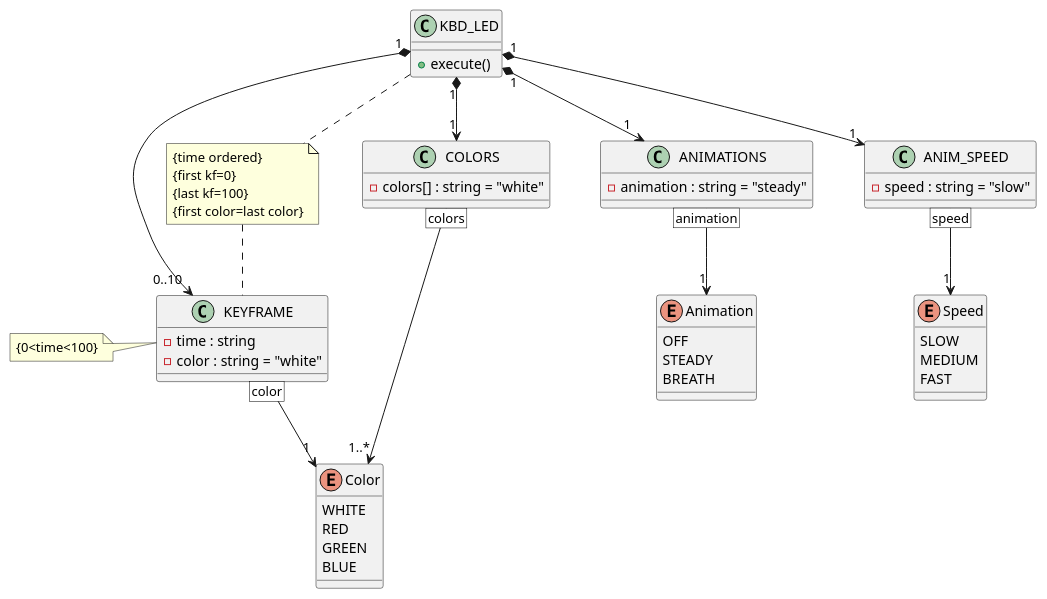
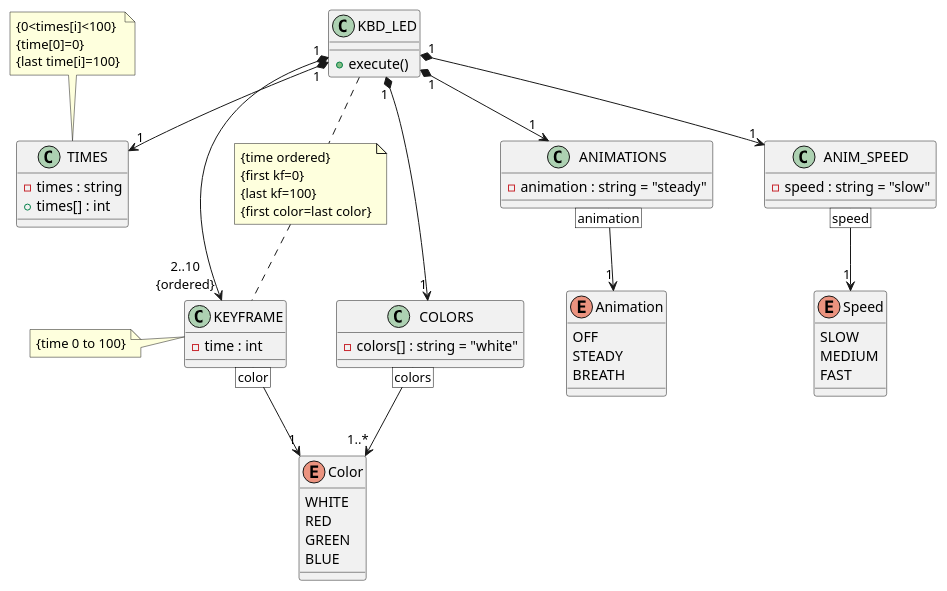
The diagram in docs/diagrams/src/class_diag.wsd (lulu731/keybd_led), drawn with PlantUML before and after one commit.

Commit message:
uml: update class diagram with TIMES class

```diff
--- a/docs/diagrams/src/class_diag.wsd
+++ b/docs/diagrams/src/class_diag.wsd
@@ -1,78 +1,96 @@
 @startuml classes
-    class KBD_LED
-    {
-        +execute()
-    }
 
-    enum Color
-    {
-        WHITE
-        RED
-        GREEN
-        BLUE
-    }
+class KBD_LED
+{
+    +execute()
+}
+
+enum Color
+{
+    WHITE
+    RED
+    GREEN
+    BLUE
+}
 
 '----- COLORS -----
-    class COLORS
-    {
-        -colors[] : string = "white"
-    }
+class COLORS
+{
+    -colors[] : string = "white"
+}
 
-    COLORS [colors] --> "1..*" Color
+COLORS [colors] --> "1..*" Color
+
+'----- TIMES -----
+class TIMES
+{
+    -times : string
+    +times[] : int
+}
+
+note top of TIMES
+    {0<times[i]<100}
+    {time[0]=0}
+    {last time[i]=100}
+end note
 
 '----- ANIMATIONS -----
-    class ANIMATIONS
-    {
-        -animation : string = "steady"
-    }
+class ANIMATIONS
+{
+    -animation : string = "steady"
+}
 
-        enum Animation
-    {
-        OFF
-        STEADY
-        BREATH
-    }
+enum Animation
+{
+    OFF
+    STEADY
+    BREATH
+}
 
-    ANIMATIONS [animation] --> "1" Animation
+ANIMATIONS [animation] --> "1" Animation
 
 '----- SPEED -----
-    enum Speed
-    {
-        SLOW
-        MEDIUM
-        FAST
-    }
+enum Speed
+{
+    SLOW
+    MEDIUM
+    FAST
+}
 
-    class ANIM_SPEED
-    {
-        -speed : string = "slow"
-    }
+class ANIM_SPEED
+{
+    -speed : string = "slow"
+}
 
-    ANIM_SPEED [speed] --> "1" Speed
+ANIM_SPEED [speed] --> "1" Speed
 
 '----- KEYFRAME -----
-    class KEYFRAME
-    {
-        -time : string
-        -color : string = "white"
-    }
+class KEYFRAME
+{
+    -time : int
+    '-color : string = "white"
+}
 
-    note left :{0<time<100}
-    note as N1
-        {time ordered}
-        {first kf=0}
-        {last kf=100}
-        {first color=last color}
-    end note
+note left :{time 0 to 100}
 
-    KEYFRAME [color] --> "1" Color
+note as N1
+    {time ordered}
+    {first kf=0}
+    {last kf=100}
+    {first color=last color}
+end note
 
-    KBD_LED .. N1
-    N1 .. KEYFRAME
+KEYFRAME [color] --> "1" Color
+'KEYFRAME "*" ..> "1" TIMES
+'KEYFRAME "*" ..> "1" COLORS
 
-    KBD_LED "1" *--> "1" COLORS
-    KBD_LED "1" *--> "1" ANIMATIONS
-    KBD_LED "1" *--> "1" ANIM_SPEED
-    KBD_LED "1" *--> "0..10" KEYFRAME
+KBD_LED .. N1
+N1 .. KEYFRAME
+
+KBD_LED "1" *--> "1" COLORS
+KBD_LED "1" *--> "1" ANIMATIONS
+KBD_LED "1" *--> "1" ANIM_SPEED
+KBD_LED "1" *--> "2..10\n{ordered}" KEYFRAME
+KBD_LED "1" *--> "1" TIMES
 
 @enduml
```
